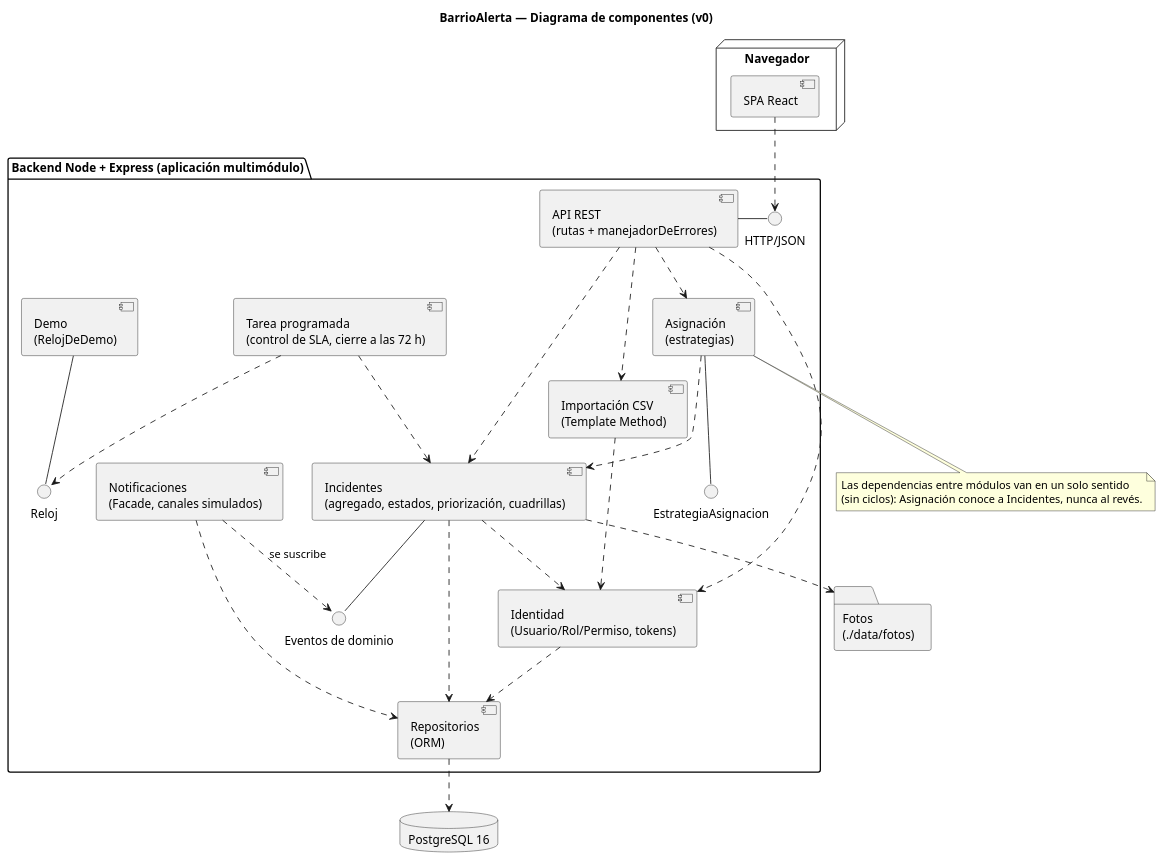
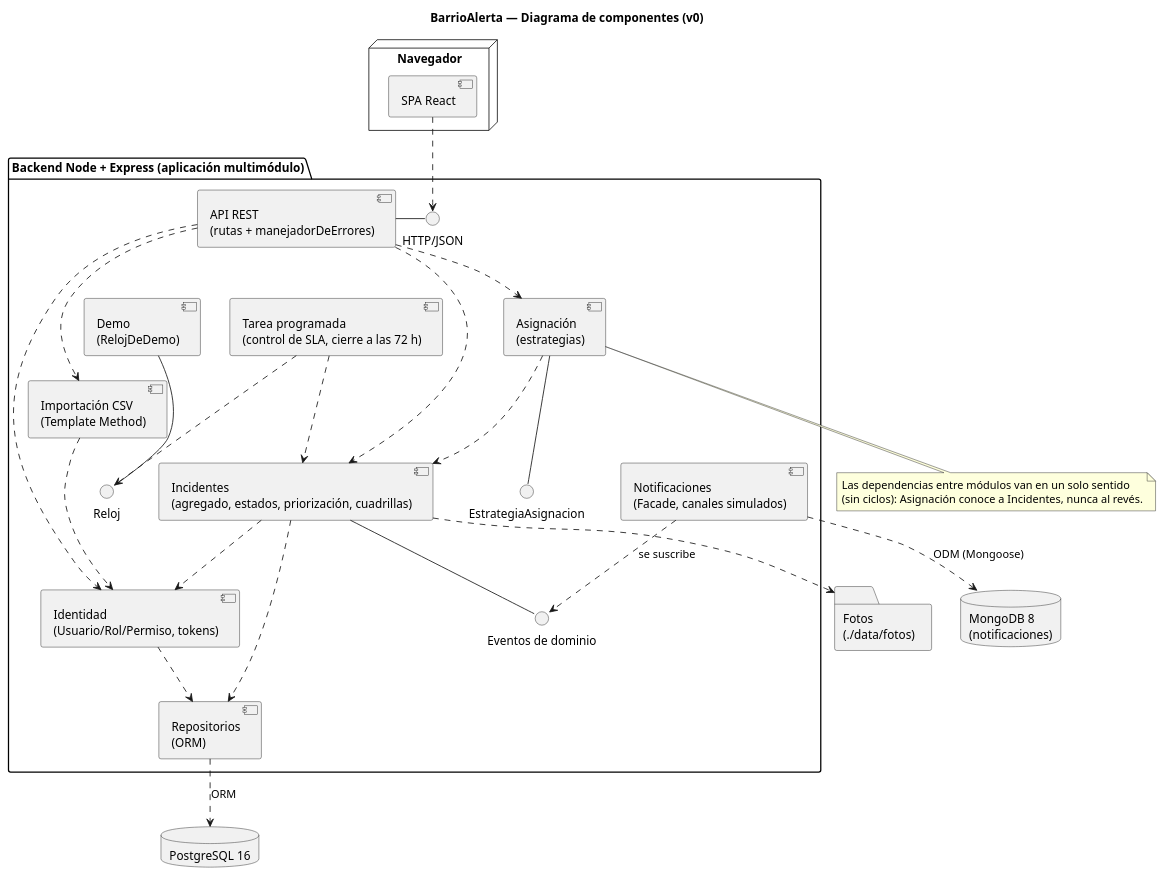
The diagram in docs/diagramas/componentes.puml (tolmedo/barrioalerta), drawn with PlantUML before and after one commit. The commit also changed 8 other files, not shown here.

First line of the commit message:
Persistencia políglota: notificaciones en MongoDB

```diff
--- a/docs/diagramas/componentes.puml
+++ b/docs/diagramas/componentes.puml
@@ -1,57 +1,58 @@
 @startuml componentes
 title BarrioAlerta — Diagrama de componentes (v0)
 skinparam componentStyle uml2
 
 node "Navegador" {
   [SPA React] as SPA
 }
 
 package "Backend Node + Express (aplicación multimódulo)" {
   [API REST\n(rutas + manejadorDeErrores)] as API
   interface "HTTP/JSON" as HTTP
   API - HTTP
 
   [Identidad\n(Usuario/Rol/Permiso, tokens)] as Identidad
   [Incidentes\n(agregado, estados, priorización, cuadrillas)] as Incidentes
   [Asignación\n(estrategias)] as Asignacion
   [Notificaciones\n(Facade, canales simulados)] as Notificaciones
   [Importación CSV\n(Template Method)] as Importacion
   [Tarea programada\n(control de SLA, cierre a las 72 h)] as Planificador
   [Demo\n(RelojDeDemo)] as Demo
   [Repositorios\n(ORM)] as Repos
 
   interface "EstrategiaAsignacion" as PuertoAsignacion
   interface "Eventos de dominio" as Eventos
   interface "Reloj" as Reloj
 
   Asignacion -- PuertoAsignacion
   Incidentes -- Eventos
   Notificaciones ..> Eventos : se suscribe
   Demo -- Reloj
   Planificador ..> Reloj
 
   API ..> Identidad
   API ..> Incidentes
   API ..> Asignacion
   API ..> Importacion
   Asignacion ..> Incidentes
   Importacion ..> Identidad
   Planificador ..> Incidentes
   Incidentes ..> Identidad
   Incidentes ..> Repos
-  Notificaciones ..> Repos
   Identidad ..> Repos
 }
 
 database "PostgreSQL 16" as DB
+database "MongoDB 8\n(notificaciones)" as Mongo
 folder "Fotos\n(./data/fotos)" as Fotos
 
 SPA ..> HTTP
-Repos ..> DB
+Repos ..> DB : ORM
+Notificaciones ..> Mongo : ODM (Mongoose)
 Incidentes ..> Fotos
 
 note bottom of Asignacion
   Las dependencias entre módulos van en un solo sentido
   (sin ciclos): Asignación conoce a Incidentes, nunca al revés.
 end note
 @enduml
```
